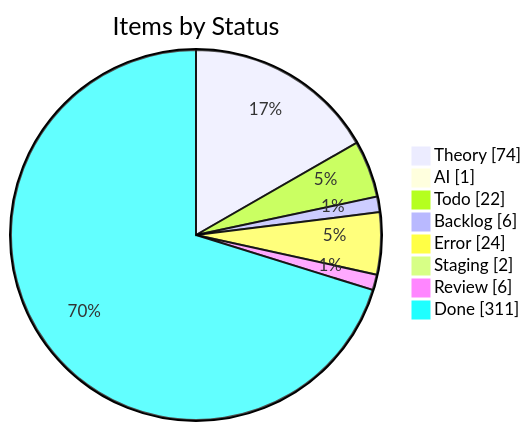
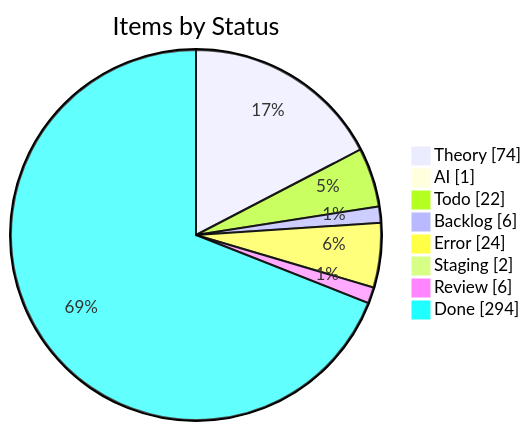
One commit to KBVE/kbve changed the first of 4 diagrams in apps/kbve/astro-kbve/src/content/docs/dashboard/kanban-data.mdx. Above: the diagram before and after it, drawn with Mermaid. The commit also changed other lines of this file and 7 other files, not shown here.

````diff
--- a/apps/kbve/astro-kbve/src/content/docs/dashboard/kanban-data.mdx
+++ b/apps/kbve/astro-kbve/src/content/docs/dashboard/kanban-data.mdx
@@ -55,12 +55,12 @@
 ```mermaid
 pie showData
     title Items by Status
     "Theory" : 74
     "AI" : 1
     "Todo" : 22
     "Backlog" : 6
     "Error" : 24
     "Staging" : 2
     "Review" : 6
-    "Done" : 311
+    "Done" : 294
 ```
````
